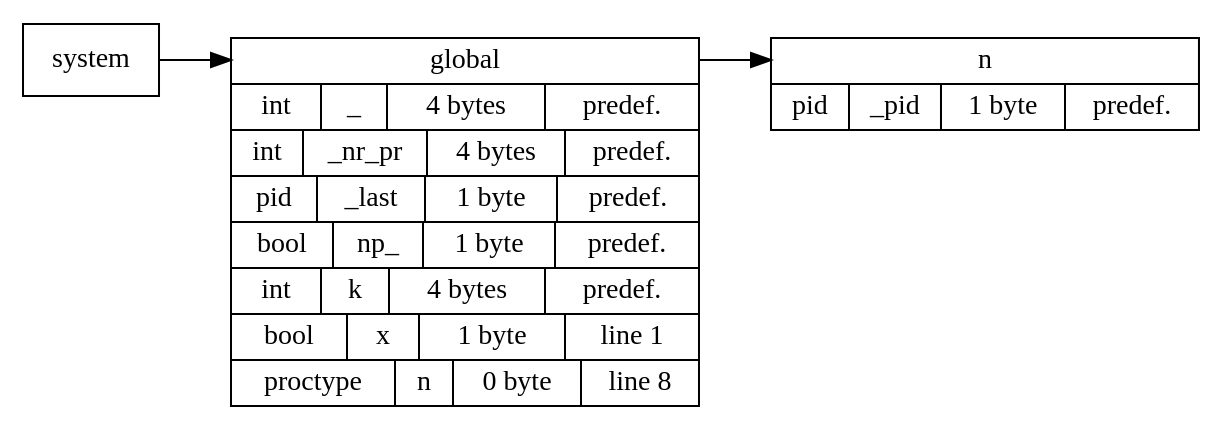
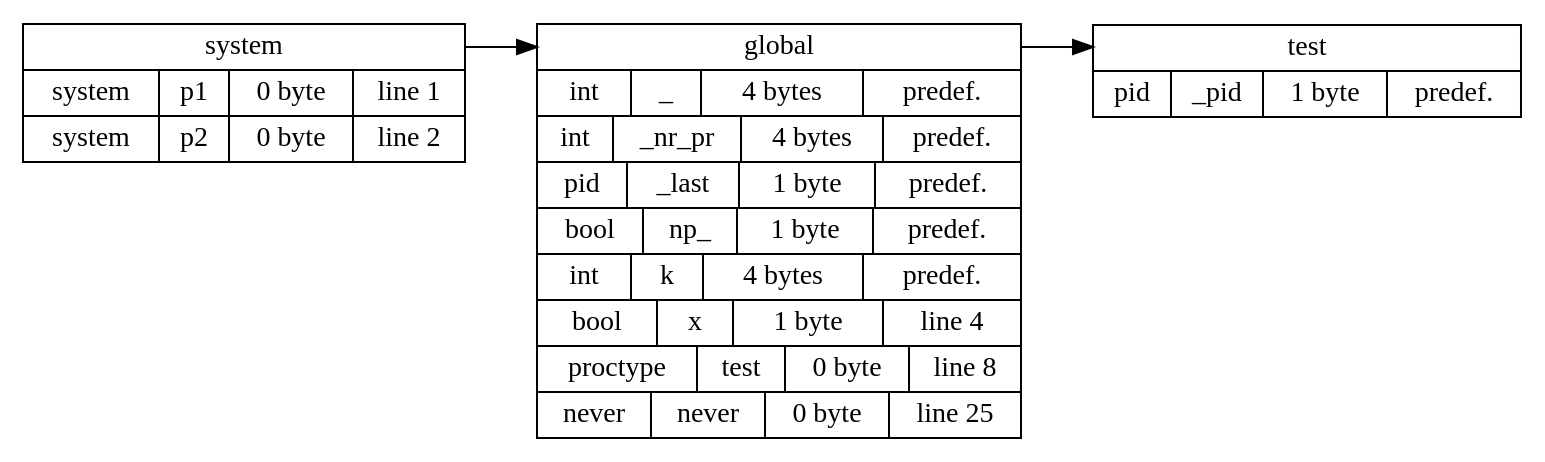
The diagram in sym_table_graphviz.dot (samilazregsuidi/Daedalux), drawn with Graphviz before and after one commit. The commit also changed 47 other files, not shown here.

```diff
--- a/sym_table_graphviz.dot
+++ b/sym_table_graphviz.dot
@@ -1,16 +1,16 @@
 digraph symbol_table {
 	 rankdir = LR
-	system[ shape = record, label = "<f0> system"]
+	system[ shape = record, label = "<f0> system | { <93824994218208> system|p1| 0 byte | line 1 } | { <93824994218592> system|p2| 0 byte | line 2 }"]
 
-	global[ shape = record, label = "<f0> global | { <93824994196688> int|_| 4 bytes | predef. } | { <93824994196960> int|_nr_pr| 4 bytes | predef. } | { <93824994197120> pid|_last| 1 byte | predef. } | { <93824994197280> bool|np_| 1 byte | predef. } | { <93824994197440> int|k| 4 bytes | predef. } | { <93824994197712> bool|x| 1 byte | line 1 } | { <93824994258000> proctype|n| 0 byte | line 8 }"]
+	global[ shape = record, label = "<f0> global | { <93824994217184> int|_| 4 bytes | predef. } | { <93824994217456> int|_nr_pr| 4 bytes | predef. } | { <93824994217616> pid|_last| 1 byte | predef. } | { <93824994217776> bool|np_| 1 byte | predef. } | { <93824994217936> int|k| 4 bytes | predef. } | { <93824994218992> bool|x| 1 byte | line 4 } | { <93824994275744> proctype|test| 0 byte | line 8 } | { <93824994284560> never|never| 0 byte | line 25 }"]
 
-	n[ shape = record, label = "<f0> n | { <93824994198336> pid|_pid| 1 byte | predef. }"]
+	test[ shape = record, label = "<f0> test | { <93824994273408> pid|_pid| 1 byte | predef. }"]
 
 
-	global:f0 -> n:f0
+	global:f0 -> test:f0
 
 
 	system:f0 -> global:f0
 
 
 }
```
